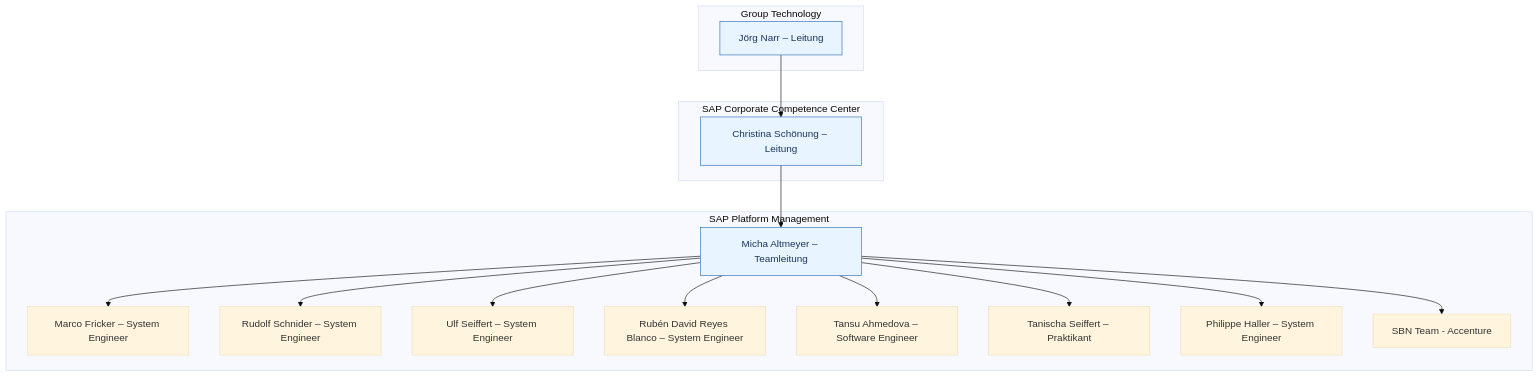
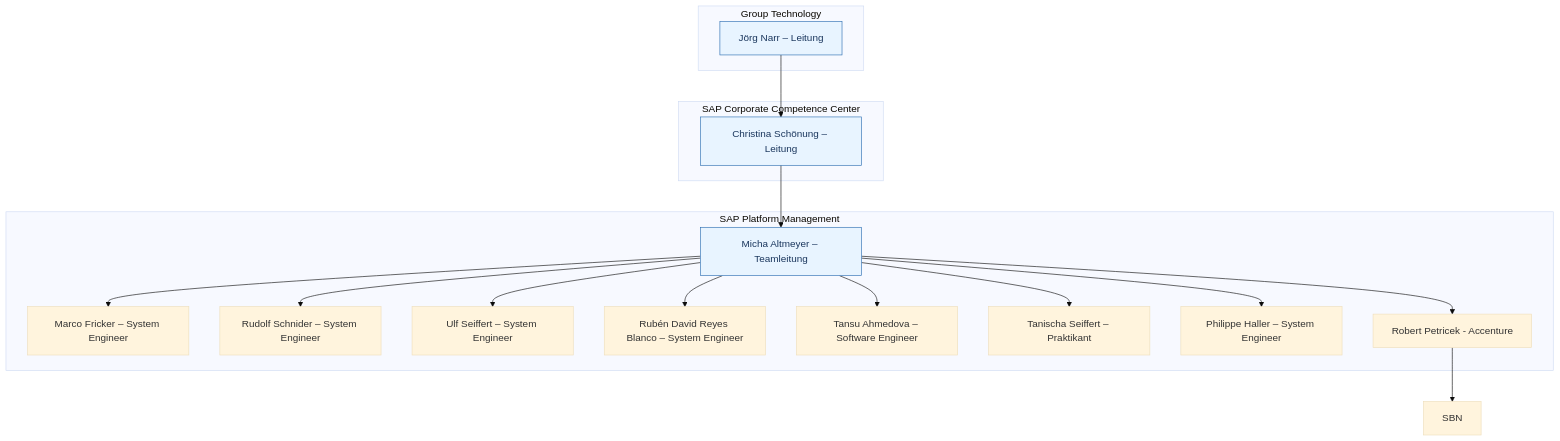
One commit to mikealkmeier/prompt-bibliothek changed the diagram in prompts/wissenbasis/antworten/2.1.6.md. Above: the diagram before and after it, drawn with Mermaid (base theme).

````diff
--- a/prompts/wissenbasis/antworten/2.1.6.md
+++ b/prompts/wissenbasis/antworten/2.1.6.md
@@ -5,39 +5,40 @@
 ```mermaid
 flowchart TB
   %% Ebenen als Subgraphs
   subgraph GT[Group Technology]
     JN[Jörg Narr – Leitung]
   end
 
   subgraph CCC[SAP Corporate Competence Center]
     CS[Christina Schönung – Leitung]
   end
 
   subgraph PLM[SAP Platform Management]
     MA[Micha Altmeyer – Teamleitung]
     MF[Marco Fricker – System Engineer]
     RS[Rudolf Schnider – System Engineer]
     US[Ulf Seiffert – System Engineer]
     RR[Rubén David Reyes Blanco – System Engineer]
     TA[Tansu Ahmedova – Software Engineer]
     TS[Tanischa Seiffert – Praktikant]
     PH[Philippe Haller – System Engineer]
-    SBN[SBN Team - Accenture]
+    RP[Robert Petricek - Accenture]
   end
 
   %% Berichtslinien
   JN --> CS
   CS --> MA
   MA --> MF
   MA --> RS
   MA --> US
   MA --> RR
   MA --> TA
   MA --> TS
   MA --> PH
-  MA --> SBN
+  MA --> RP
+  RP --> SBN
 
   %% Optionales Styling
   classDef lead fill:#e8f4ff,stroke:#2b6cb0,color:#1a365d;
   class JN,CS,MA lead;
 ```
````
